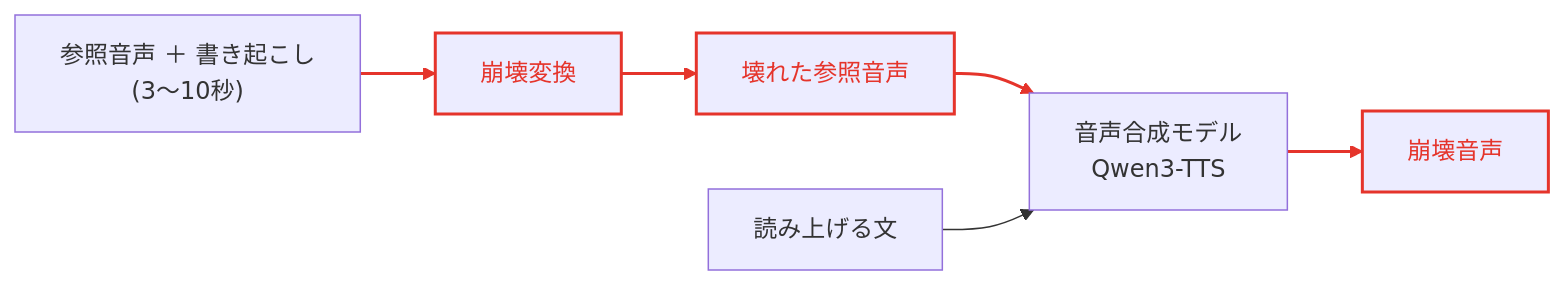
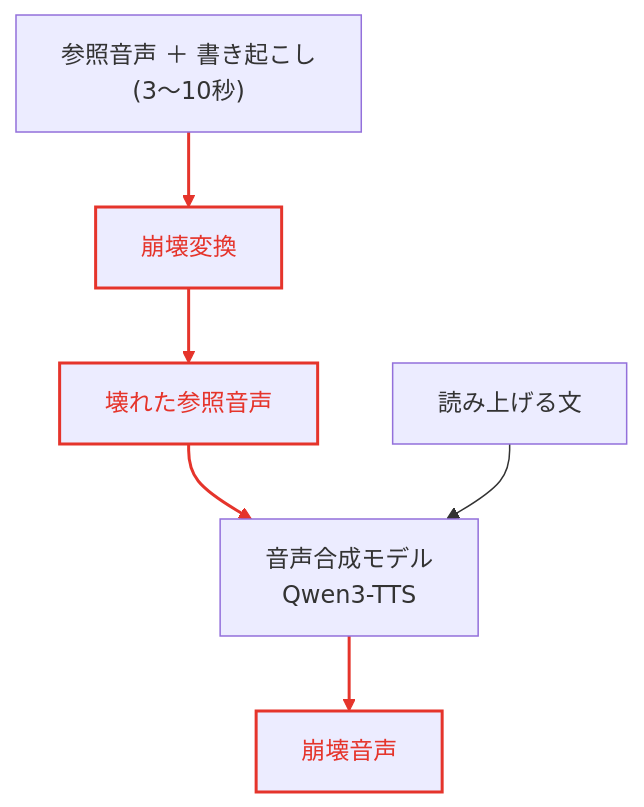
The second of 2 diagrams in README.md (mossan-hoshi/happy-collapse-maker), drawn with Mermaid before and after one commit. The commit also changed other lines of this file, not shown here.

Commit message:
docs: フロー図を縦向きにして操作UIとの重なりを避ける

````diff
--- a/README.md
+++ b/README.md
@@ -37,15 +39,16 @@
 ```mermaid
-flowchart LR
+%% 縦向きの理由は上の図のコメントを参照。
+flowchart TB
   C1["参照音声 ＋ 書き起こし<br/>(3〜10秒)"] --> CX["崩壊変換"]
   CX --> CB["壊れた参照音声"]
   CB --> CM["音声合成モデル<br/>Qwen3-TTS"]
   C2["読み上げる文"] --> CM
   CM --> CO["崩壊音声"]
 
   %% エッジ番号は宣言順の 0 起点。崩壊経路だけを赤にする。
   %% 3 は「読み上げる文 → モデル」で、通常と同じ扱いなので赤にしない。
   %% **塗りつぶさない。**暗背景でも明背景でも読めるよう、枠線と文字色だけを赤にする。
   classDef broken stroke:#e5342b,stroke-width:2px,color:#e5342b
   class CX,CB,CO broken
   linkStyle 0,1,2,4 stroke:#e5342b,stroke-width:2px
 ```
````
